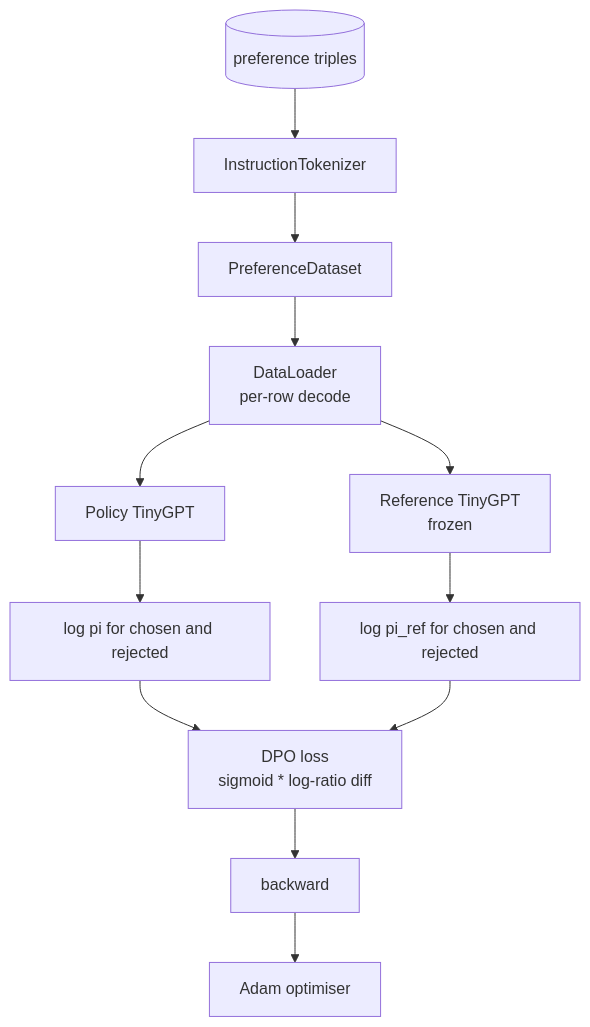
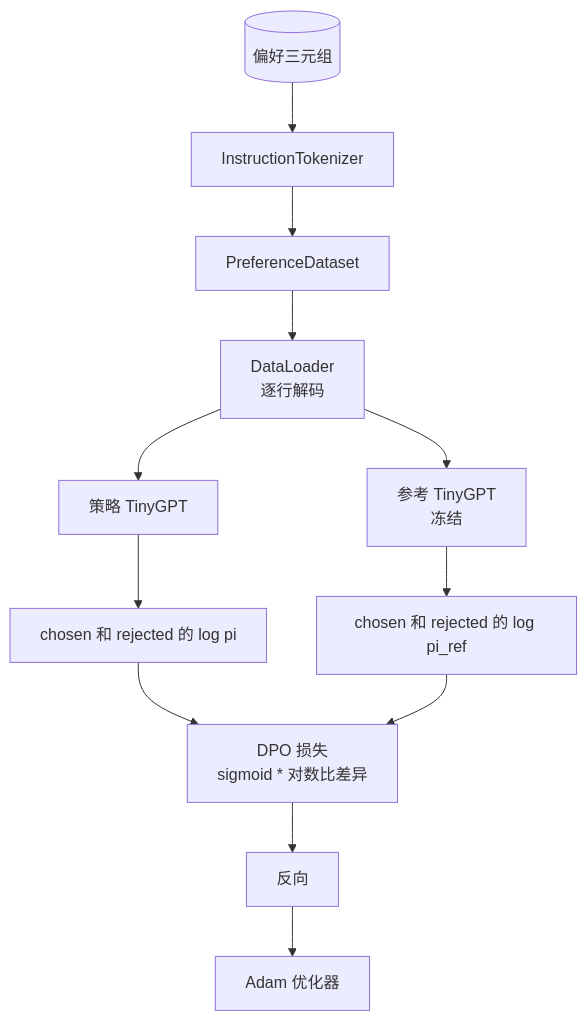
The second of 2 diagrams in lessons/19-capstone-projects/40-dpo-from-scratch/docs/zh.md (guangningsun/ailearning), drawn with Mermaid before and after one commit. The commit also changed other lines of this file and 85 other files, not shown here.

````diff
--- a/lessons/19-capstone-projects/40-dpo-from-scratch/docs/zh.md
+++ b/lessons/19-capstone-projects/40-dpo-from-scratch/docs/zh.md
@@ -118,14 +118,14 @@
 ```mermaid
 flowchart TD
-  P[(preference triples)] --> Tok[InstructionTokenizer]
+  P[(偏好三元组)] --> Tok[InstructionTokenizer]
   Tok --> DS[PreferenceDataset]
-  DS --> DL[DataLoader<br/>per-row decode]
-  DL --> Pol[Policy TinyGPT]
-  DL --> Ref[Reference TinyGPT<br/>frozen]
-  Pol --> LP[log pi for chosen and rejected]
-  Ref --> LR[log pi_ref for chosen and rejected]
-  LP --> Loss[DPO loss<br/>sigmoid * log-ratio diff]
+  DS --> DL[DataLoader<br/>逐行解码]
+  DL --> Pol[策略 TinyGPT]
+  DL --> Ref[参考 TinyGPT<br/>冻结]
+  Pol --> LP[chosen 和 rejected 的 log pi]
+  Ref --> LR[chosen 和 rejected 的 log pi_ref]
+  LP --> Loss[DPO 损失<br/>sigmoid * 对数比差异]
   LR --> Loss
-  Loss --> Bwd[backward]
-  Bwd --> Opt[Adam optimiser]
+  Loss --> Bwd[反向]
+  Bwd --> Opt[Adam 优化器]
 ```
````
